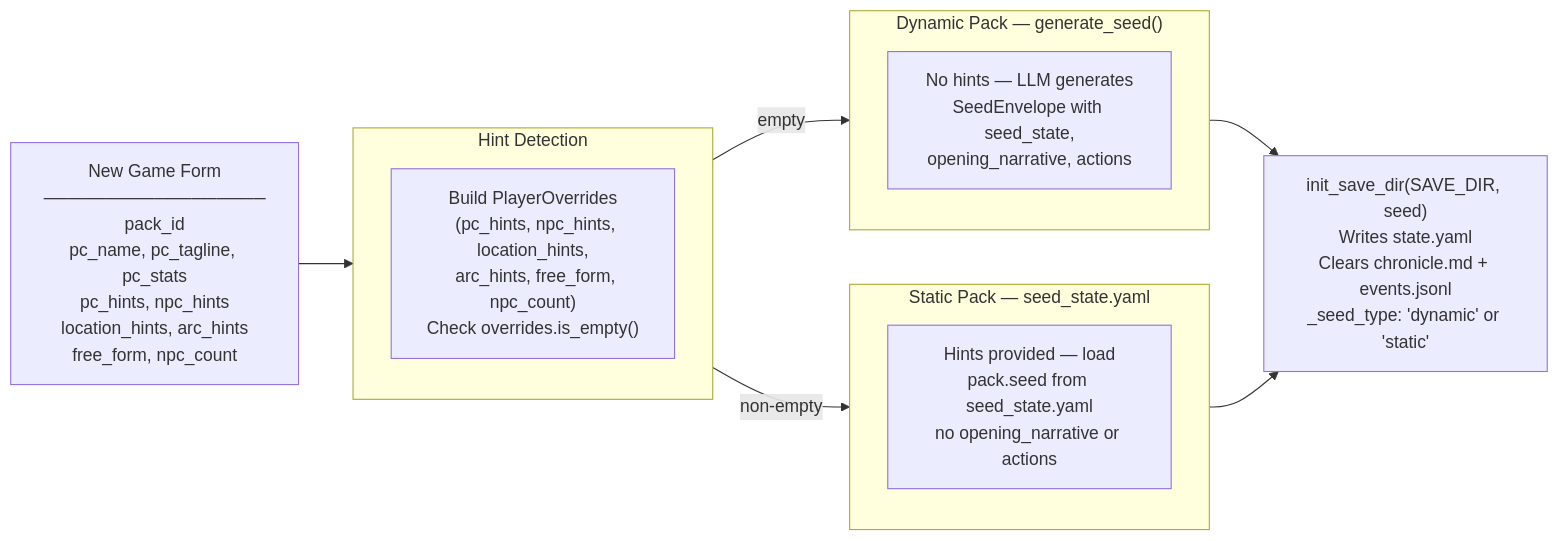
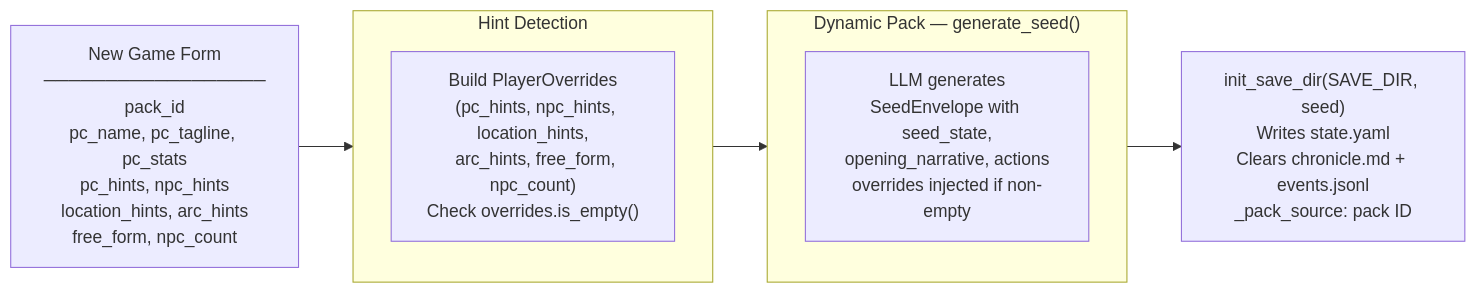
One commit to pww217/fablethread changed the first of 2 diagrams in docs/architecture/out-of-band.md. Above: the diagram before and after it, drawn with Mermaid. The commit also changed other lines of this file and 115 other files, not shown here.

````diff
--- a/docs/architecture/out-of-band.md
+++ b/docs/architecture/out-of-band.md
@@ -9,24 +9,18 @@
 ```mermaid
 flowchart LR
     FORM["New Game Form<br>──────────────────<br>pack_id<br>pc_name, pc_tagline, pc_stats<br>pc_hints, npc_hints<br>location_hints, arc_hints<br>free_form, npc_count"]
 
     subgraph CHECK["Hint Detection"]
         H["Build PlayerOverrides<br>  (pc_hints, npc_hints, location_hints,<br>  arc_hints, free_form, npc_count)<br>Check overrides.is_empty()"]
     end
 
     subgraph DYNAMIC["Dynamic Pack — generate_seed()"]
-        DS["No hints — LLM generates<br>SeedEnvelope with seed_state,<br>opening_narrative, actions"]
+        DS["LLM generates<br>SeedEnvelope with seed_state,<br>opening_narrative, actions<br>overrides injected if non-empty"]
     end
 
-    subgraph STATIC["Static Pack — seed_state.yaml"]
-        SS["Hints provided — load<br>pack.seed from seed_state.yaml<br>no opening_narrative or actions"]
-    end
-
-    INIT["init_save_dir(SAVE_DIR, seed)<br>Writes state.yaml<br>Clears chronicle.md + events.jsonl<br>_seed_type: 'dynamic' or 'static'"]
+    INIT["init_save_dir(SAVE_DIR, seed)<br>Writes state.yaml<br>Clears chronicle.md + events.jsonl<br>_pack_source: pack ID"]
 
     FORM --> CHECK
-    CHECK --> |"empty"| DYNAMIC
-    CHECK --> |"non-empty"| STATIC
+    CHECK --> DYNAMIC
     DYNAMIC --> INIT
-    STATIC --> INIT
 ```
````
